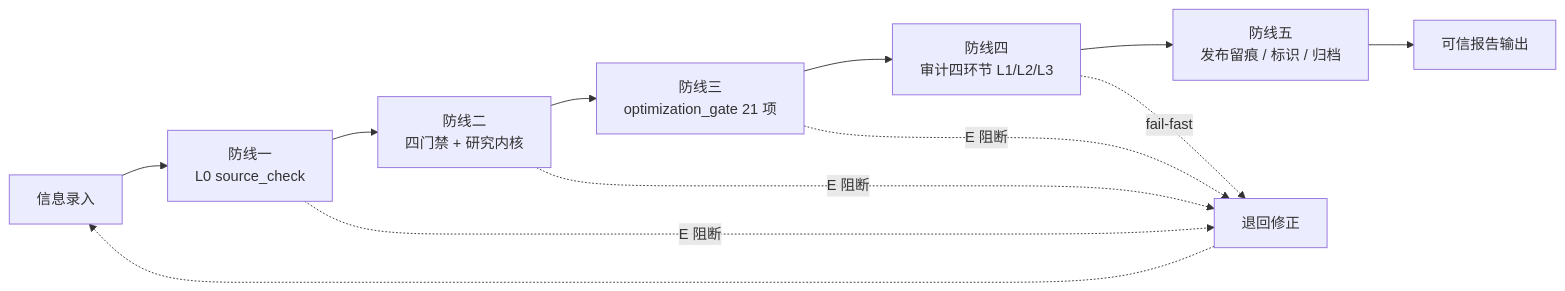
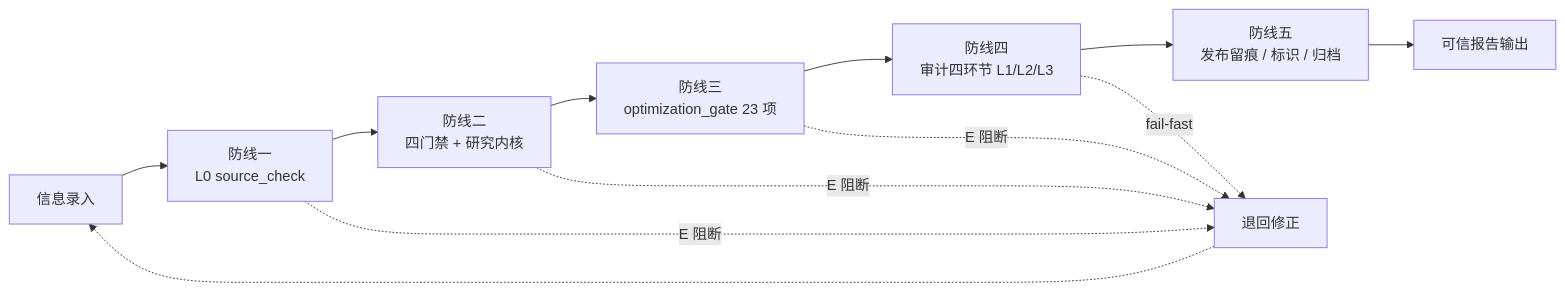
The second of 4 diagrams in engine/docs/report-pipeline-system.md (hmbphxkw76-byte/tech-context-digest), drawn with Mermaid before and after one commit. The commit also changed other lines of this file and 18 other files, not shown here.

````diff
--- a/engine/docs/report-pipeline-system.md
+++ b/engine/docs/report-pipeline-system.md
@@ -59,14 +59,14 @@
 ```mermaid
 flowchart LR
     IN["信息录入"] --> D1["防线一<br/>L0 source_check"]
     D1 --> D2["防线二<br/>四门禁 + 研究内核"]
-    D2 --> D3["防线三<br/>optimization_gate 21 项"]
+    D2 --> D3["防线三<br/>optimization_gate 23 项"]
     D3 --> D4["防线四<br/>审计四环节 L1/L2/L3"]
     D4 --> D5["防线五<br/>发布留痕 / 标识 / 归档"]
     D5 --> OUT["可信报告输出"]
     D1 -. "E 阻断" .-> BLOCK["退回修正"]
     D2 -. "E 阻断" .-> BLOCK
     D3 -. "E 阻断" .-> BLOCK
     D4 -. "fail-fast" .-> BLOCK
     BLOCK -.-> IN
 ```
````
